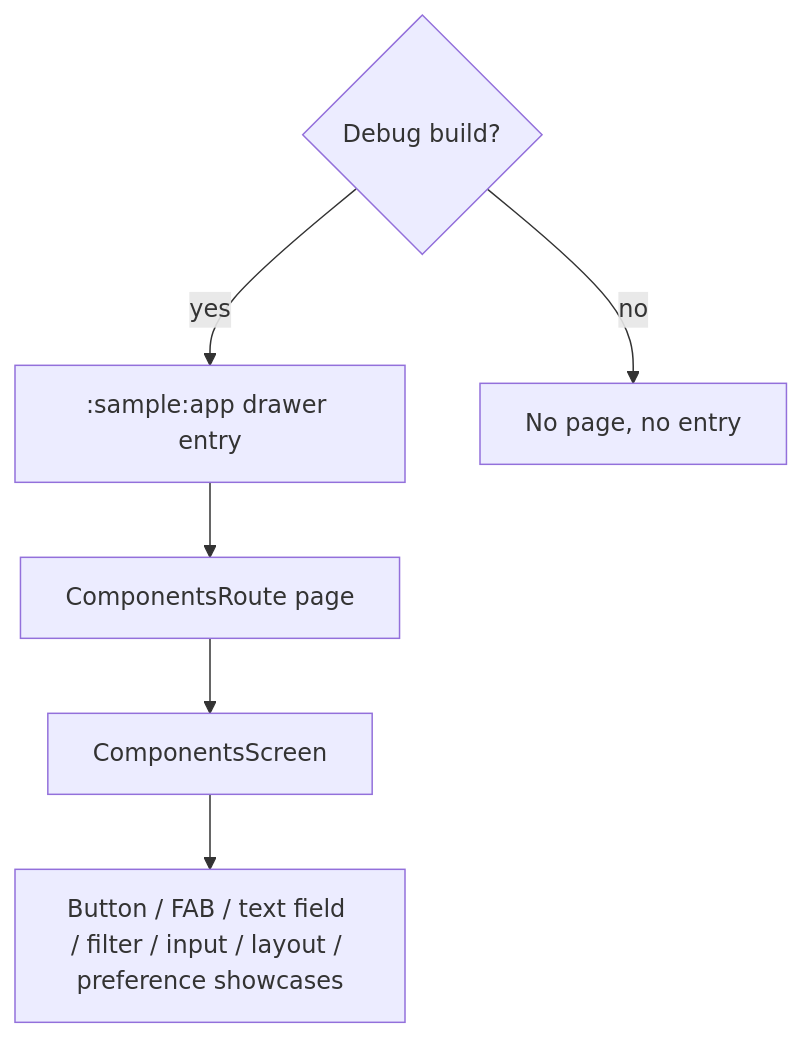
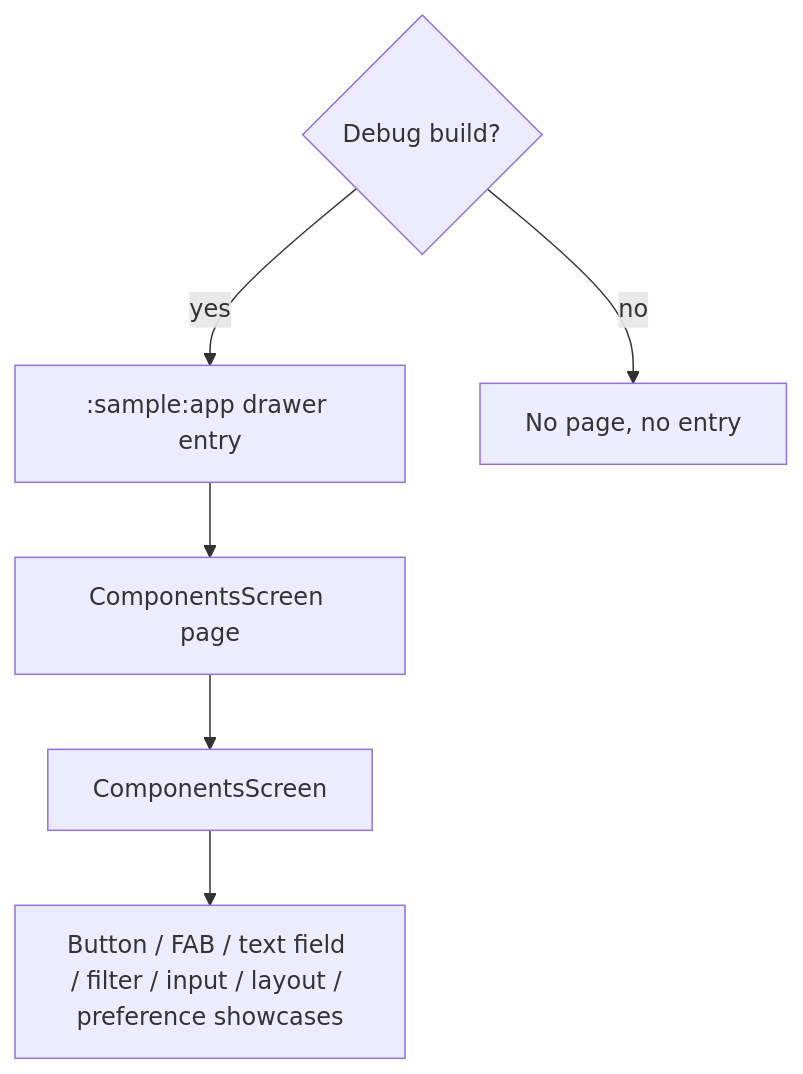
Before and after one commit to MihaiCristianCondrea/App-Toolkit-for-Android: the diagram in sample/feature/components/README.md, drawn with Mermaid. The commit also changed other lines of this file and 125 other files, not shown here.

````diff
--- a/sample/feature/components/README.md
+++ b/sample/feature/components/README.md
@@ -43,8 +43,8 @@
 ```mermaid
 flowchart TD
     Debug{Debug build?} -->|yes| Drawer[":sample:app" drawer entry]
     Debug -->|no| None[No page, no entry]
-    Drawer --> Page[ComponentsRoute page]
+    Drawer --> Page[ComponentsScreen page]
     Page --> Screen[ComponentsScreen]
     Screen --> Sections[Button / FAB / text field / filter / input / layout / preference showcases]
 ```
````
